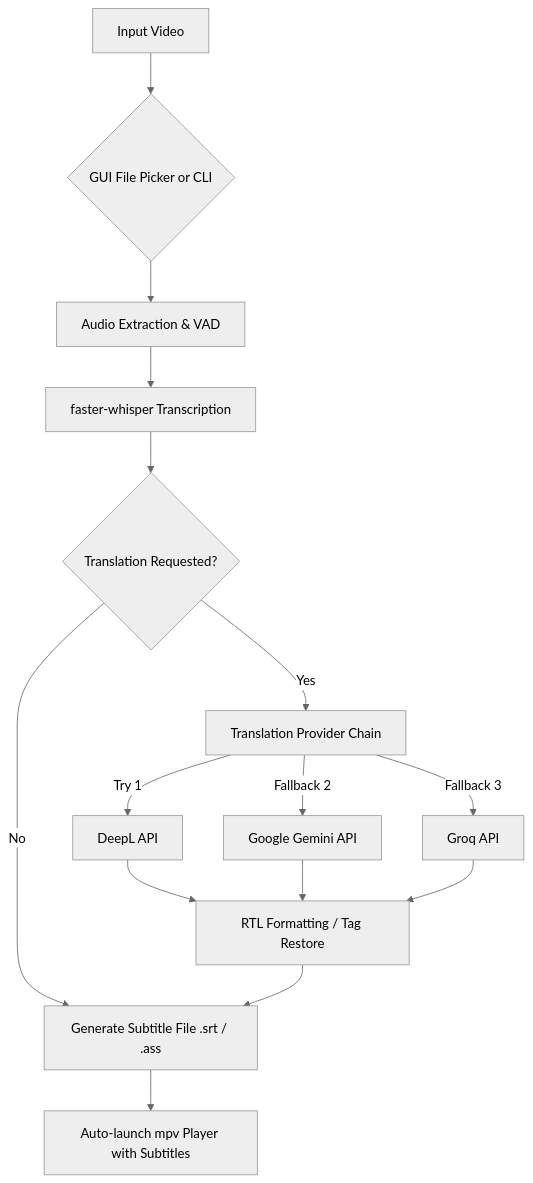
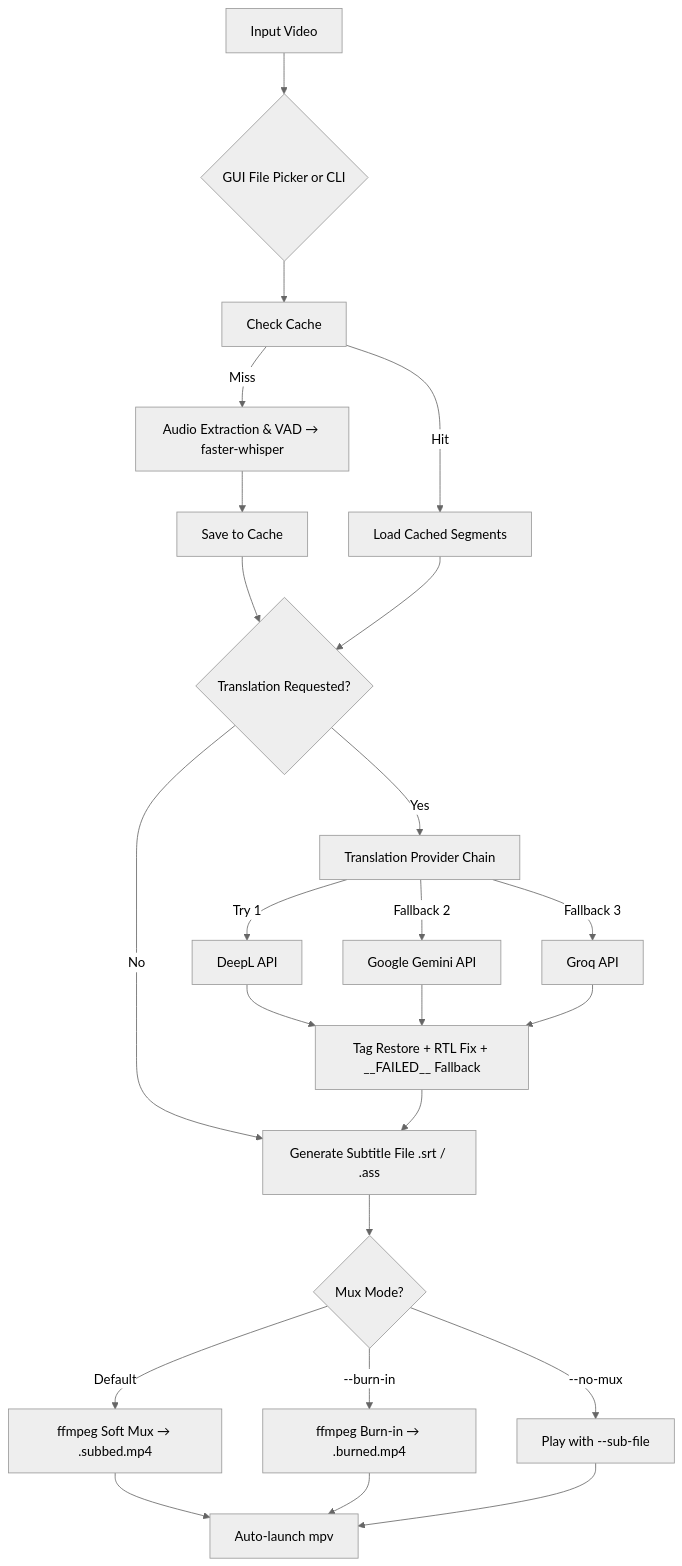
Before and after one commit to yousifzxz/audio-to-text: the diagram in README.md, drawn with Mermaid (neutral theme). The commit also changed other lines of this file and 6 other files, not shown here.

Commit message:
test: add unit tests for subtitle engines, transla tion providers, and tag handling, and remove unused patch.py.

````diff
--- a/README.md
+++ b/README.md
@@ -30,17 +38,26 @@
 ```mermaid
 flowchart TD
     A[Input Video] --> B{GUI File Picker or CLI}
-    B --> C[Audio Extraction & VAD]
-    C --> D[faster-whisper Transcription]
-    D --> E{Translation Requested?}
-    E -- No --> H[Generate Subtitle File .srt / .ass]
-    E -- Yes --> F[Translation Provider Chain]
-    F -->|Try 1| DeepL[DeepL API]
-    F -->|Fallback 2| Gemini[Google Gemini API]
-    F -->|Fallback 3| Groq[Groq API]
-    DeepL --> G[RTL Formatting / Tag Restore]
-    Gemini --> G
-    Groq --> G
-    G --> H
-    H --> I[Auto-launch mpv Player with Subtitles]
+    B --> C[Check Cache]
+    C -->|Hit| E[Load Cached Segments]
+    C -->|Miss| D[Audio Extraction & VAD → faster-whisper]
+    D --> E2[Save to Cache]
+    E2 --> F{Translation Requested?}
+    E --> F
+    F -- No --> I[Generate Subtitle File .srt / .ass]
+    F -- Yes --> G[Translation Provider Chain]
+    G -->|Try 1| DeepL[DeepL API]
+    G -->|Fallback 2| Gemini[Google Gemini API]
+    G -->|Fallback 3| Groq[Groq API]
+    DeepL --> H[Tag Restore + RTL Fix + __FAILED__ Fallback]
+    Gemini --> H
+    Groq --> H
+    H --> I
+    I --> J{Mux Mode?}
+    J -->|--no-mux| K[Play with --sub-file]
+    J -->|Default| L[ffmpeg Soft Mux → .subbed.mp4]
+    J -->|--burn-in| M[ffmpeg Burn-in → .burned.mp4]
+    L --> N[Auto-launch mpv]
+    M --> N
+    K --> N
 ```
````
